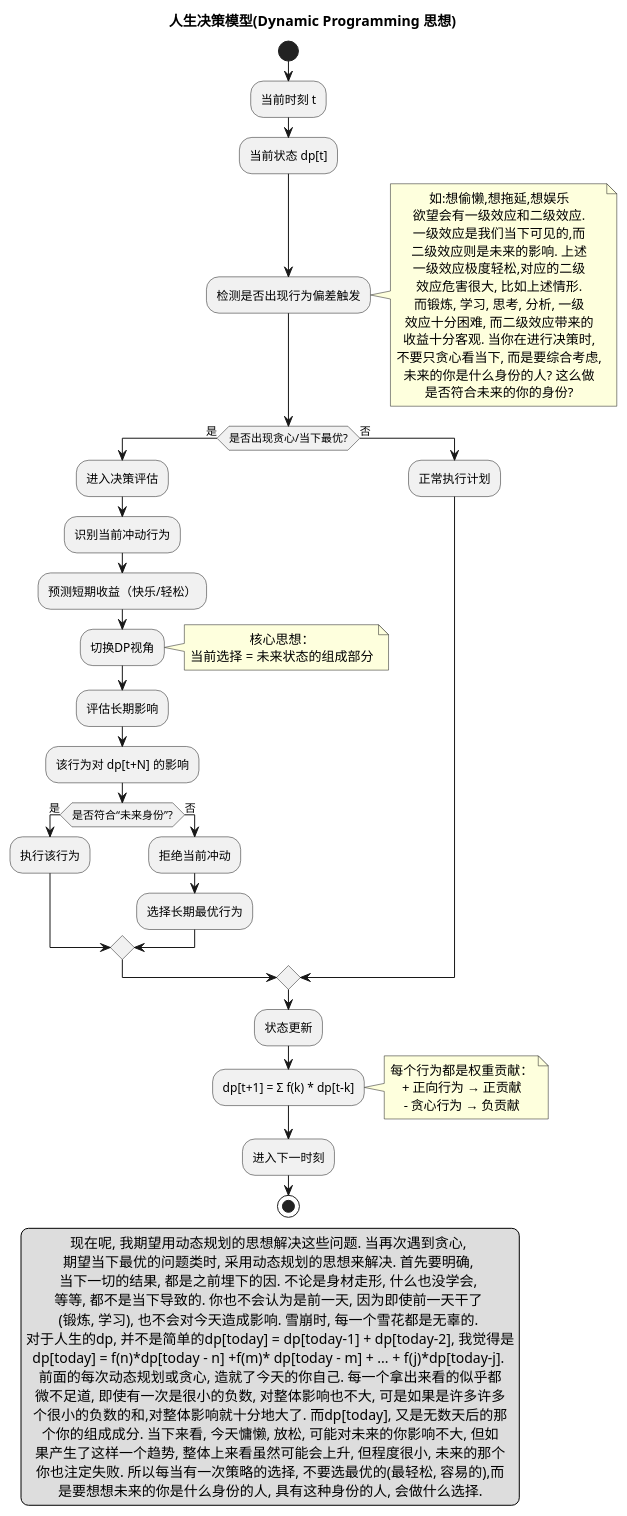
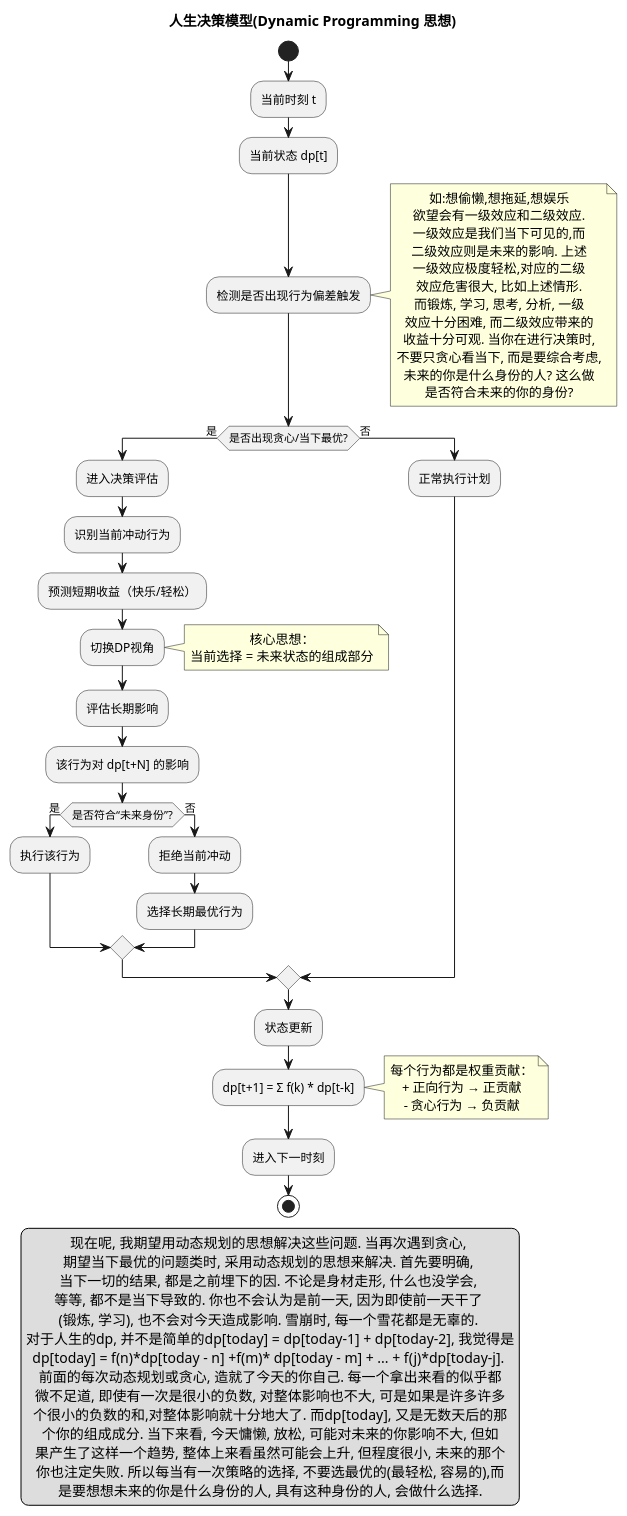
Before and after one commit to AlleyNorthward/postgraduate-entrance-exam: the diagram in modeling/贪心与动态规划/动态规划.puml, drawn with PlantUML. The commit also changed 1 other file, not shown here.

```diff
--- a/modeling/贪心与动态规划/动态规划.puml
+++ b/modeling/贪心与动态规划/动态规划.puml
@@ -1,83 +1,83 @@
 @startuml 人生DP决策系统
 skinparam DefaultTextAlignment center
 title 人生决策模型(Dynamic Programming 思想)
 skinparam DefaultTextAlignment center
 
 legend left
 现在呢, 我期望用动态规划的思想解决这些问题. 当再次遇到贪心, 
 期望当下最优的问题类时, 采用动态规划的思想来解决. 首先要明确, 
 当下一切的结果, 都是之前埋下的因. 不论是身材走形, 什么也没学会, 
 等等, 都不是当下导致的. 你也不会认为是前一天, 因为即使前一天干了 
 (锻炼, 学习), 也不会对今天造成影响. 雪崩时, 每一个雪花都是无辜的. 
 对于人生的dp, 并不是简单的dp[today] = dp[today-1] + dp[today-2], 我觉得是
 dp[today] = f(n)*dp[today - n] +f(m)* dp[today - m] + ... + f(j)*dp[today-j]. 
 前面的每次动态规划或贪心, 造就了今天的你自己. 每一个拿出来看的似乎都
 微不足道, 即使有一次是很小的负数, 对整体影响也不大, 可是如果是许多许多
 个很小的负数的和,对整体影响就十分地大了. 而dp[today], 又是无数天后的那
 个你的组成成分. 当下来看, 今天慵懒, 放松, 可能对未来的你影响不大, 但如
 果产生了这样一个趋势, 整体上来看虽然可能会上升, 但程度很小, 未来的那个
 你也注定失败. 所以每当有一次策略的选择, 不要选最优的(最轻松, 容易的),而
 是要想想未来的你是什么身份的人, 具有这种身份的人, 会做什么选择.
 end legend
 start
 
 :当前时刻 t;
 :当前状态 dp[t];
 
 :检测是否出现行为偏差触发;
 note right
     如:想偷懒,想拖延,想娱乐
     欲望会有一级效应和二级效应.
     一级效应是我们当下可见的,而
     二级效应则是未来的影响. 上述
     一级效应极度轻松,对应的二级
     效应危害很大, 比如上述情形.
     而锻炼, 学习, 思考, 分析, 一级
     效应十分困难, 而二级效应带来的
-    收益十分客观. 当你在进行决策时,
+    收益十分可观. 当你在进行决策时,
     不要只贪心看当下, 而是要综合考虑,
     未来的你是什么身份的人? 这么做
     是否符合未来的你的身份?
 end note
 
 if (是否出现贪心/当下最优?) then (是)
 
     :进入决策评估;
 
     :识别当前冲动行为;
     :预测短期收益（快乐/轻松）;
 
     :切换DP视角;
     note right
         核心思想：
         当前选择 = 未来状态的组成部分
     end note
 
     :评估长期影响;
     :该行为对 dp[t+N] 的影响;
 
     if (是否符合“未来身份”?) then (是)
         :执行该行为;
     else (否)
         :拒绝当前冲动;
         :选择长期最优行为;
     endif
 
 else (否)
     :正常执行计划;
 endif
 
 :状态更新;
 
 :dp[t+1] = Σ f(k) * dp[t-k];
 note right
     每个行为都是权重贡献：
     + 正向行为 → 正贡献
     - 贪心行为 → 负贡献
 end note
 
 :进入下一时刻;
 
 stop
 
 @enduml
```
